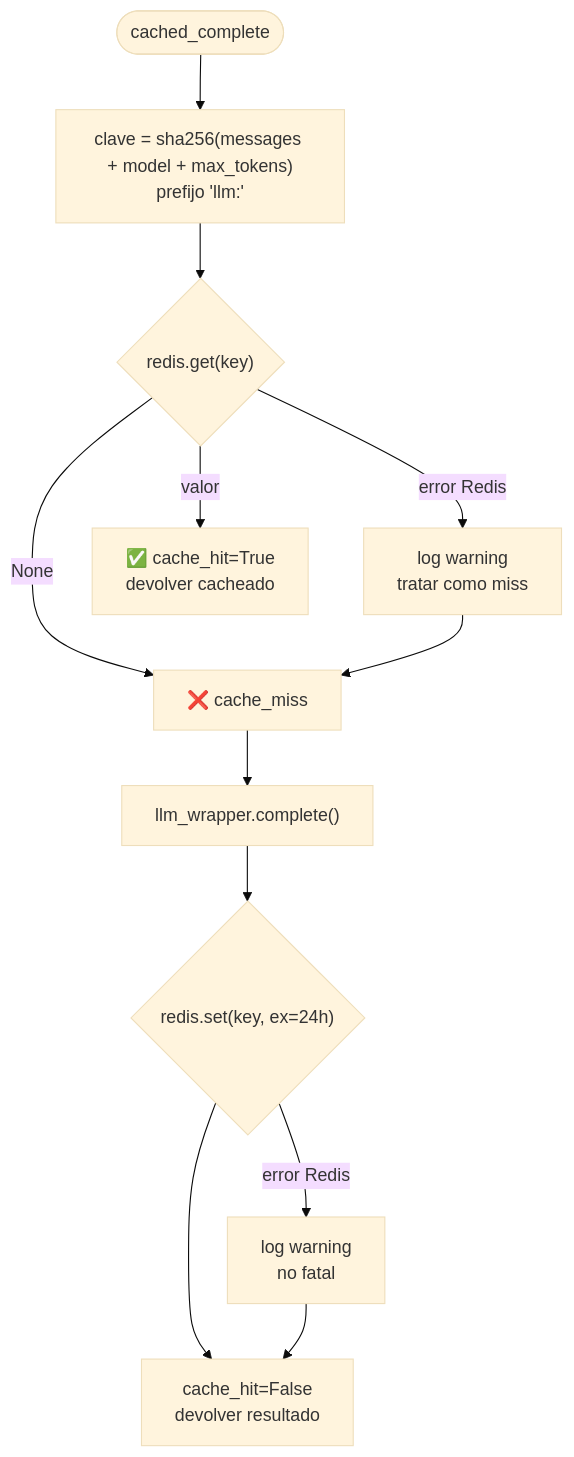
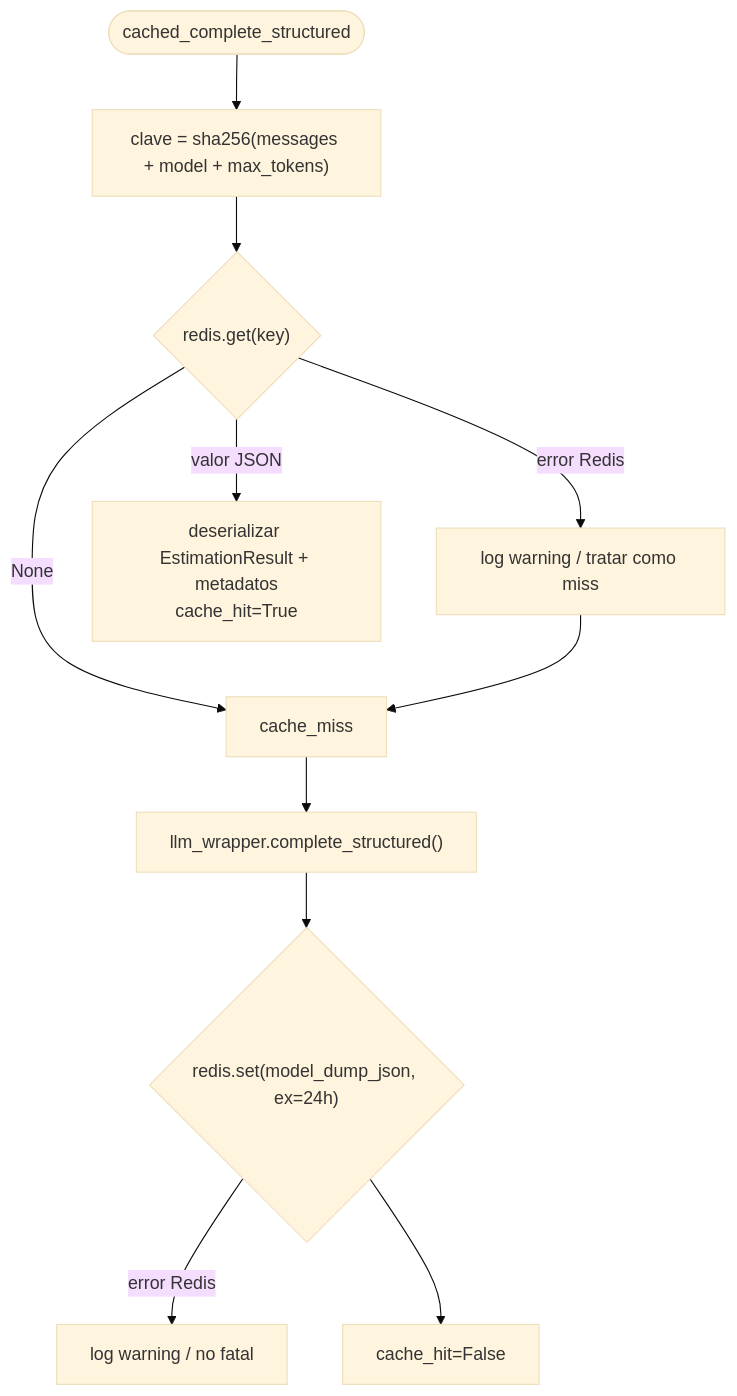
One commit to salvalcaraz080/LIDR-RAG-master changed the fifth of 11 diagrams in ARCHITECTURE.md. Above: the diagram before and after it, drawn with Mermaid (base theme). The commit also changed other lines of this file and 19 other files, not shown here.

````diff
--- a/ARCHITECTURE.md
+++ b/ARCHITECTURE.md
@@ -321,14 +352,13 @@
 ```mermaid
 flowchart TD
-    start([cached_complete]) --> key["clave = sha256(messages + model + max_tokens)<br/>prefijo 'llm:'"]
+    start([cached_complete_structured]) --> key["clave = sha256(messages + model + max_tokens)"]
     key --> read{"redis.get(key)"}
-    read -->|"error Redis"| miss_log["log warning<br/>tratar como miss"]
-    read -->|"valor"| hit["✅ cache_hit=True<br/>devolver cacheado"]
-    read -->|"None"| miss["❌ cache_miss"]
+    read -->|"error Redis"| miss_log["log warning / tratar como miss"]
+    read -->|"valor JSON"| hit["deserializar EstimationResult + metadatos<br/>cache_hit=True"]
+    read -->|"None"| miss["cache_miss"]
     miss_log --> miss
-    miss --> llm["llm_wrapper.complete()"]
-    llm --> write{"redis.set(key, ex=24h)"}
-    write -->|"error Redis"| write_log["log warning<br/>no fatal"]
-    write --> ret["cache_hit=False<br/>devolver resultado"]
-    write_log --> ret
+    miss --> llm["llm_wrapper.complete_structured()"]
+    llm --> write{"redis.set(model_dump_json, ex=24h)"}
+    write -->|"error Redis"| write_log["log warning / no fatal"]
+    write --> ret["cache_hit=False"]
 ```
````
